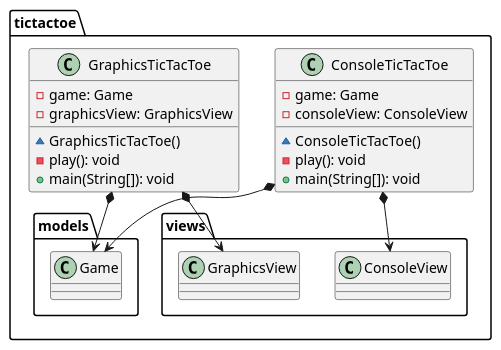
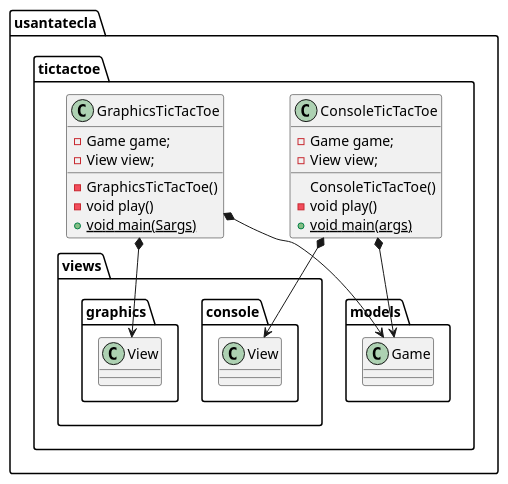
One commit to x-USantaTecla-game-ticTacToe/java changed the second of 4 diagrams in docs/src/docs/asciidoc/index.adoc. Above: the diagram before and after it, drawn with PlantUML. The commit also changed 4 other files, not shown here.

```diff
--- a/docs/src/docs/asciidoc/index.adoc
+++ b/docs/src/docs/asciidoc/index.adoc
@@ -72,24 +72,45 @@
 [plantuml,version3TicTacToe,svg]
 ....
 
-class  tictactoe.ConsoleTicTacToe{
-- game: Game
-- consoleView: ConsoleView
-~ ConsoleTicTacToe()
-- play(): void
-+ main(String[]): void
+namespace usantatecla.tictactoe.views.console {
+class View
 }
-tictactoe.ConsoleTicTacToe *-down-> tictactoe.models.Game
-tictactoe.ConsoleTicTacToe *-down-> tictactoe.views.ConsoleView
 
-class  tictactoe.GraphicsTicTacToe{
-- game: Game
-- graphicsView: GraphicsView
-~ GraphicsTicTacToe()
-- play(): void
-+ main(String[]): void
+
+namespace usantatecla.tictactoe.models {
+class Game
 }
-tictactoe.GraphicsTicTacToe *-down-> tictactoe.models.Game
-tictactoe.GraphicsTicTacToe *-down-> tictactoe.views.GraphicsView
+
+namespace usantatecla.tictactoe.views.graphics {
+class View
+}
+
+
+namespace usantatecla.tictactoe {
+
+class ConsoleTicTacToe {
+	- Game game;
+	- View view;
+	ConsoleTicTacToe()
+	- void play()
+	+ {static} void main(args)
+
+}
+
+class GraphicsTicTacToe {
+	- Game game;
+	- View view;
+	- GraphicsTicTacToe() 
+	- void play()
+	+ {static} void main(Sargs)
+}
+
+}
+
+usantatecla.tictactoe.ConsoleTicTacToe *-down-> usantatecla.tictactoe.views.console.View
+usantatecla.tictactoe.GraphicsTicTacToe *-down-> usantatecla.tictactoe.views.graphics.View
+
+usantatecla.tictactoe.ConsoleTicTacToe *-down-> usantatecla.tictactoe.models.Game
+usantatecla.tictactoe.GraphicsTicTacToe *-down-> usantatecla.tictactoe.models.Game
 
 ....
```
